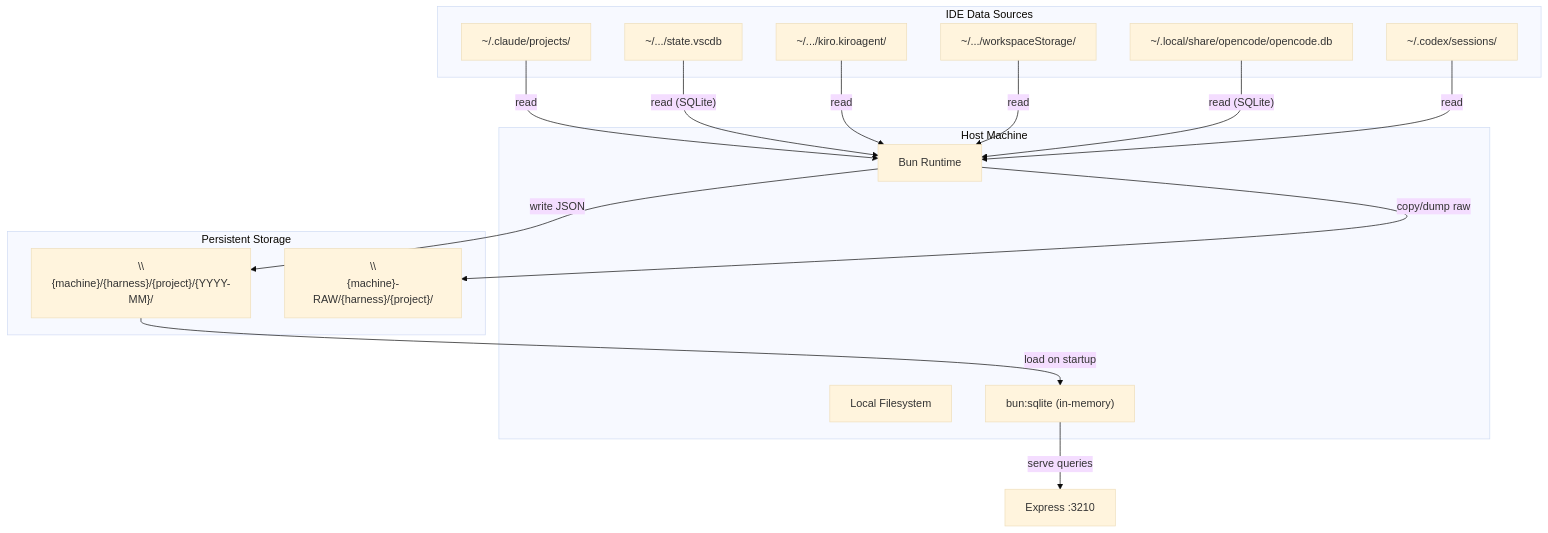
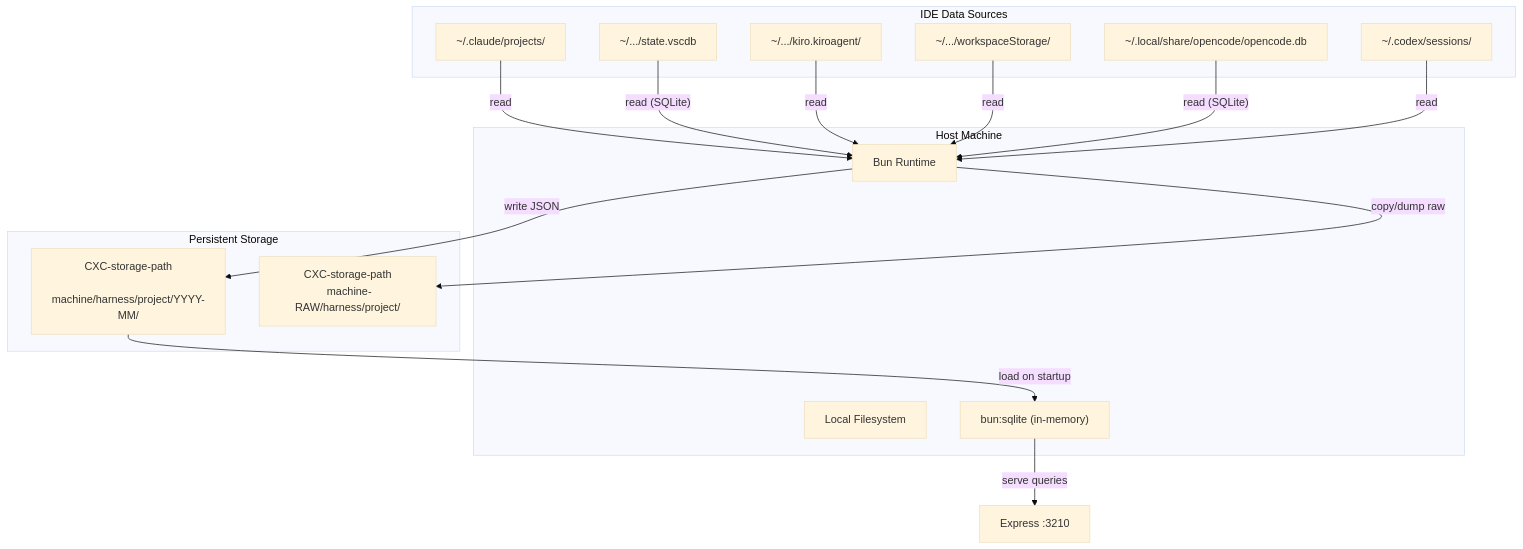
One commit to Kyliathy/context-core changed diagram 17 of 17 in server/zz-reach2/architecture/archi-context-core-level0.md. Above: the diagram before and after it, drawn with Mermaid (base theme). The commit also changed other lines of this file and 2 other files, not shown here.

Commit message:
fix: search results now cleared on change view docs: updated readme with roadmap

````diff
--- a/server/zz-reach2/architecture/archi-context-core-level0.md
+++ b/server/zz-reach2/architecture/archi-context-core-level0.md
@@ -872,34 +872,34 @@
 ```mermaid
 flowchart TD
     subgraph Host["Host Machine"]
         BUN["Bun Runtime"]
         FS["Local Filesystem"]
         SQLITE["bun:sqlite (in-memory)"]
     end
 
     subgraph Sources["IDE Data Sources"]
         CLAUDE_DIR["~/.claude/projects/"]
         CURSOR_DB["~/.../state.vscdb"]
         KIRO_DIR["~/.../kiro.kiroagent/"]
         VSCODE_DIR["~/.../workspaceStorage/"]
         OPENCODE_DB["~/.local/share/opencode/opencode.db"]
         CODEX_DIR["~/.codex/sessions/"]
     end
 
     subgraph Storage["Persistent Storage"]
-        STORE["<CXC-storage-path>\\<br/>{machine}/{harness}/{project}/{YYYY-MM}/"]
-        RAW["<CXC-storage-path>\\<br/>{machine}-RAW/{harness}/{project}/"]
+        STORE["CXC-storage-path\n machine/harness/project/YYYY-MM/"]
+        RAW["CXC-storage-path\n machine-RAW/harness/project/"]
     end
 
     CLAUDE_DIR -->|"read"| BUN
     CURSOR_DB -->|"read (SQLite)"| BUN
     KIRO_DIR -->|"read"| BUN
     VSCODE_DIR -->|"read"| BUN
     OPENCODE_DB -->|"read (SQLite)"| BUN
     CODEX_DIR -->|"read"| BUN
 
     BUN -->|"write JSON"| STORE
     BUN -->|"copy/dump raw"| RAW
     STORE -->|"load on startup"| SQLITE
     SQLITE -->|"serve queries"| API["Express :3210"]
 ```
````
